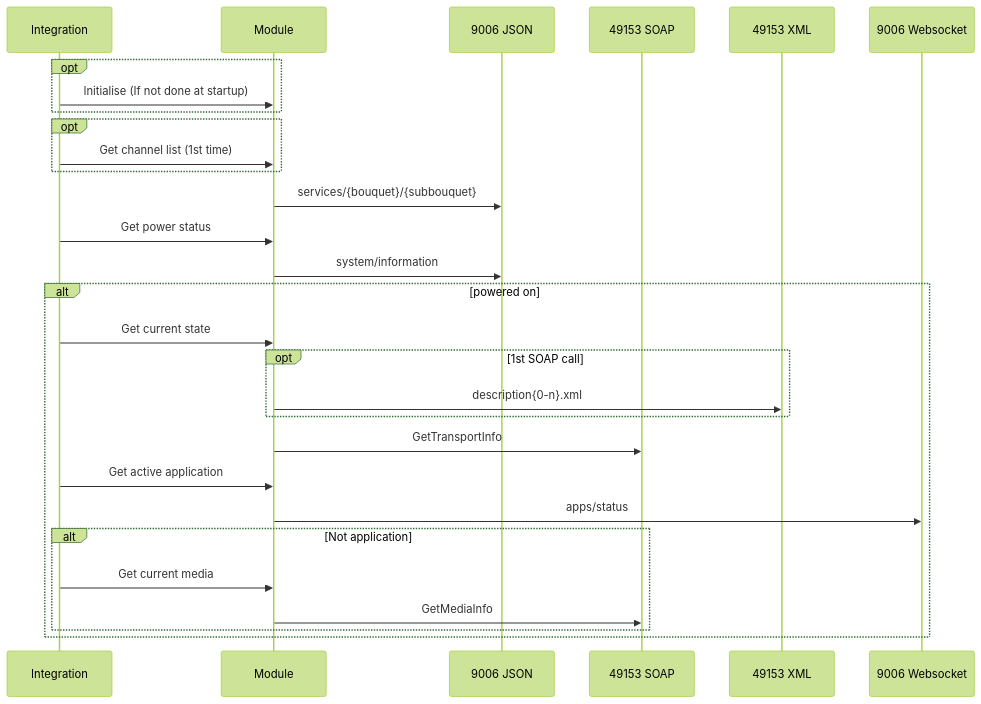
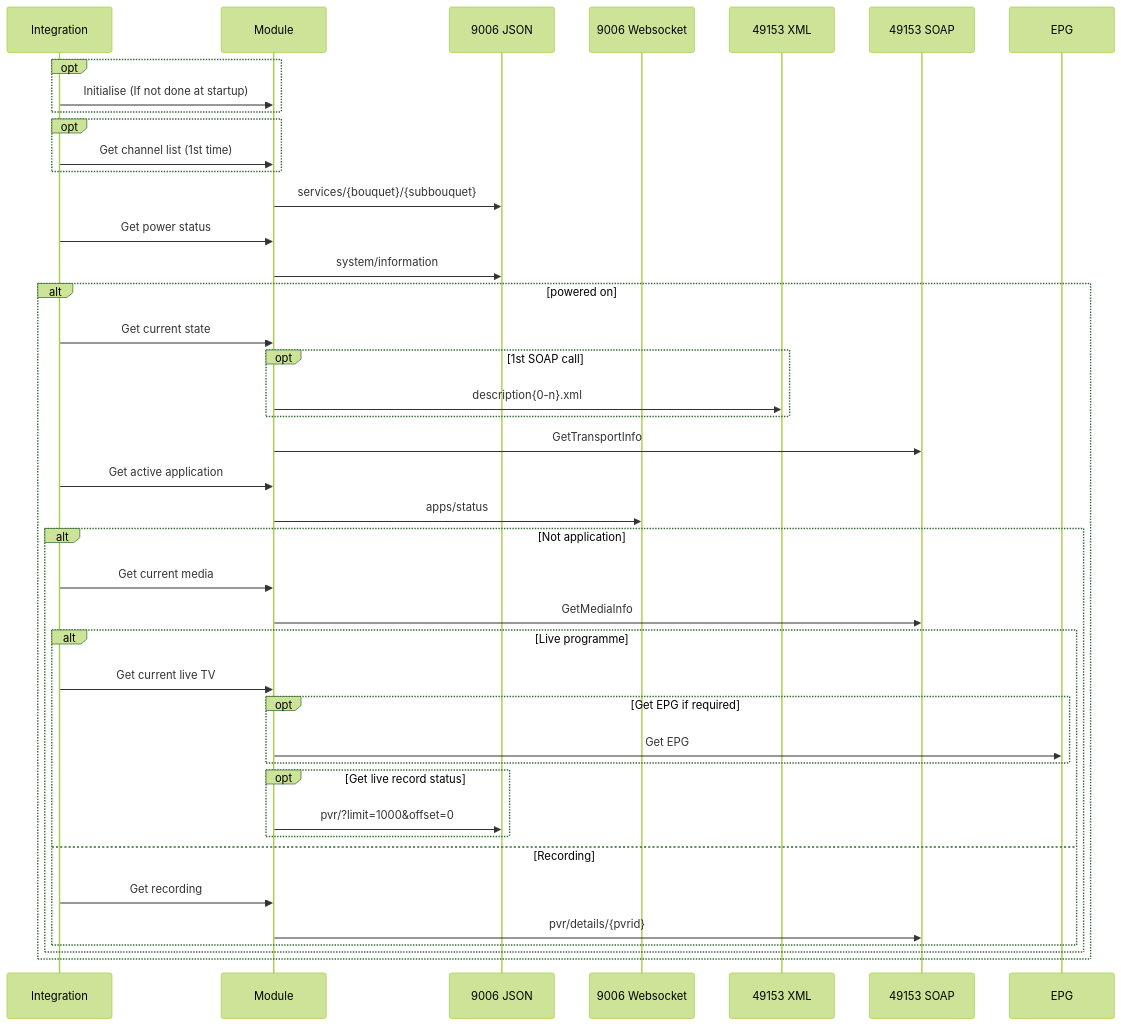
Before and after one commit to RogerSelwyn/test-mermaid: the second of 2 diagrams in flowchart/README.md, drawn with Mermaid (forest theme).

````diff
--- a/flowchart/README.md
+++ b/flowchart/README.md
@@ -16,31 +16,45 @@
 ```mermaid
 sequenceDiagram
 participant I as Integration
 participant M as Module
 participant J as 9006 JSON
+participant W as 9006 Websocket
+participant X as 49153 XML
 participant S as 49153 SOAP
-participant X as 49153 XML
 participant W as 9006 Websocket
+participant E as EPG
 opt
   I->>M: Initialise (If not done at startup)
 end
 opt
   I->>M: Get channel list (1st time)
 end
 M->>J: services/{bouquet}/{subbouquet}
 I->>M: Get power status
 M->>J: system/information
 alt powered on
   I->>M: Get current state
   opt 1st SOAP call
     M->>X: description{0-n}.xml
   end
   M->>S: GetTransportInfo
   I->>M: Get active application
   M->>W: apps/status
   alt Not application
     I->>M: Get current media
     M->>S: GetMediaInfo
+    alt Live programme
+      I->>M: Get current live TV
+      opt Get EPG if required
+        M->>E: Get EPG
+      end
+      opt Get live record status
+        M->>J: pvr/?limit=1000&offset=0
+      end
+    else Recording
+      I->>M: Get recording
+      M->>S: pvr/details/{pvrid}
+    end
   end
 end
 ```
````
